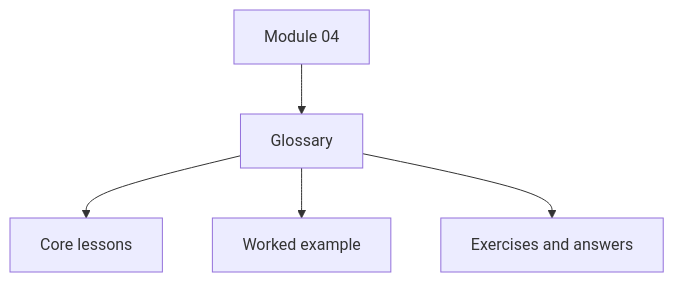
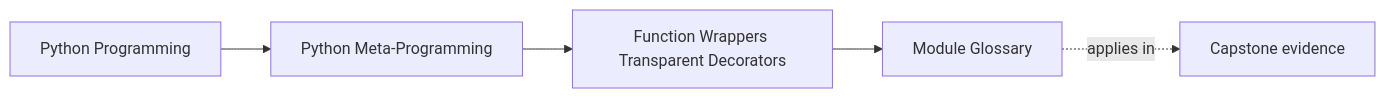
One commit to bijux/bijux-masterclass changed the first of 2 diagrams in programs/python-programming/python-meta-programming/course-book/module-04-function-wrappers-transparent-decorators/glossary.md. Above: the diagram before and after it, drawn with Mermaid. The commit also changed other lines of this file and 55 other files, not shown here.

Commit message:
docs(python-meta-programming): map runtime foundations and inspection routes

````diff
--- a/programs/python-programming/python-meta-programming/course-book/module-04-function-wrappers-transparent-decorators/glossary.md
+++ b/programs/python-programming/python-meta-programming/course-book/module-04-function-wrappers-transparent-decorators/glossary.md
@@ -6,7 +6,11 @@
 ```mermaid
-flowchart TD
-  directory["Module 04"] --> glossary["Glossary"]
-  glossary --> lessons["Core lessons"]
-  glossary --> example["Worked example"]
-  glossary --> practice["Exercises and answers"]
+graph LR
+  family["Python Programming"]
+  program["Python Meta-Programming"]
+  section["Function Wrappers Transparent Decorators"]
+  page["Module Glossary"]
+  capstone["Capstone evidence"]
+
+  family --> program --> section --> page
+  page -.applies in.-> capstone
 ```
````
